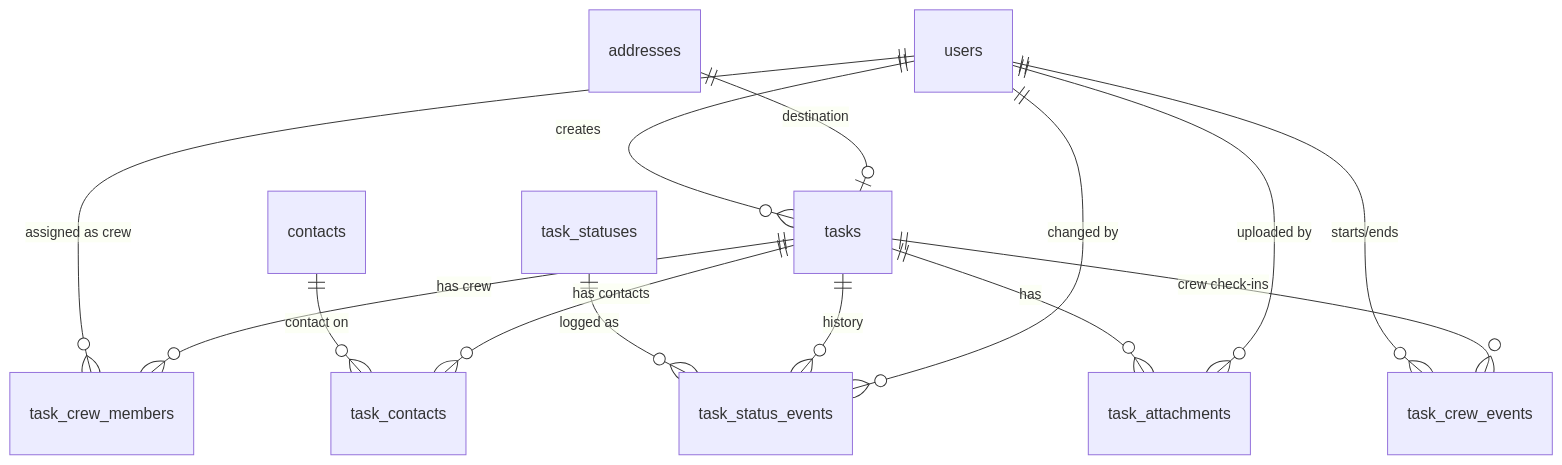
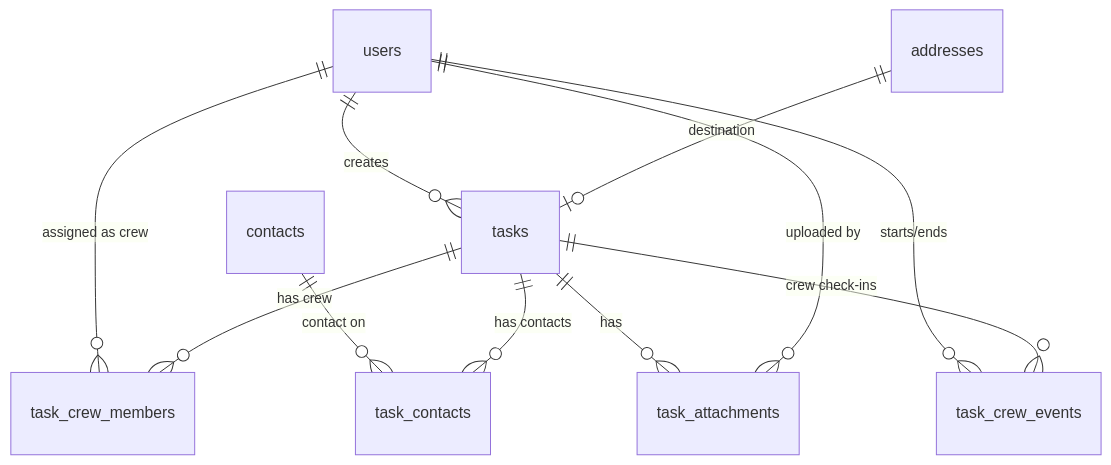
Before and after one commit to Thomas-QCD/Field: the diagram in docs/database-design.md, drawn with Mermaid. The commit also changed other lines of this file and 53 other files, not shown here.

````diff
--- a/docs/database-design.md
+++ b/docs/database-design.md
@@ -23,19 +23,16 @@
 ```mermaid
 erDiagram
     users ||--o{ tasks : "creates"
     users ||--o{ task_crew_members : "assigned as crew"
     tasks ||--o{ task_crew_members : "has crew"
 
     contacts ||--o{ task_contacts : "contact on"
     tasks ||--o{ task_contacts : "has contacts"
     addresses ||--o| tasks : "destination"
 
-    task_statuses ||--o{ task_status_events : "logged as"
-    tasks ||--o{ task_status_events : "history"
     tasks ||--o{ task_attachments : "has"
 
-    users ||--o{ task_status_events : "changed by"
     users ||--o{ task_crew_events : "starts/ends"
     tasks ||--o{ task_crew_events : "crew check-ins"
     users ||--o{ task_attachments : "uploaded by"
 ```
````
